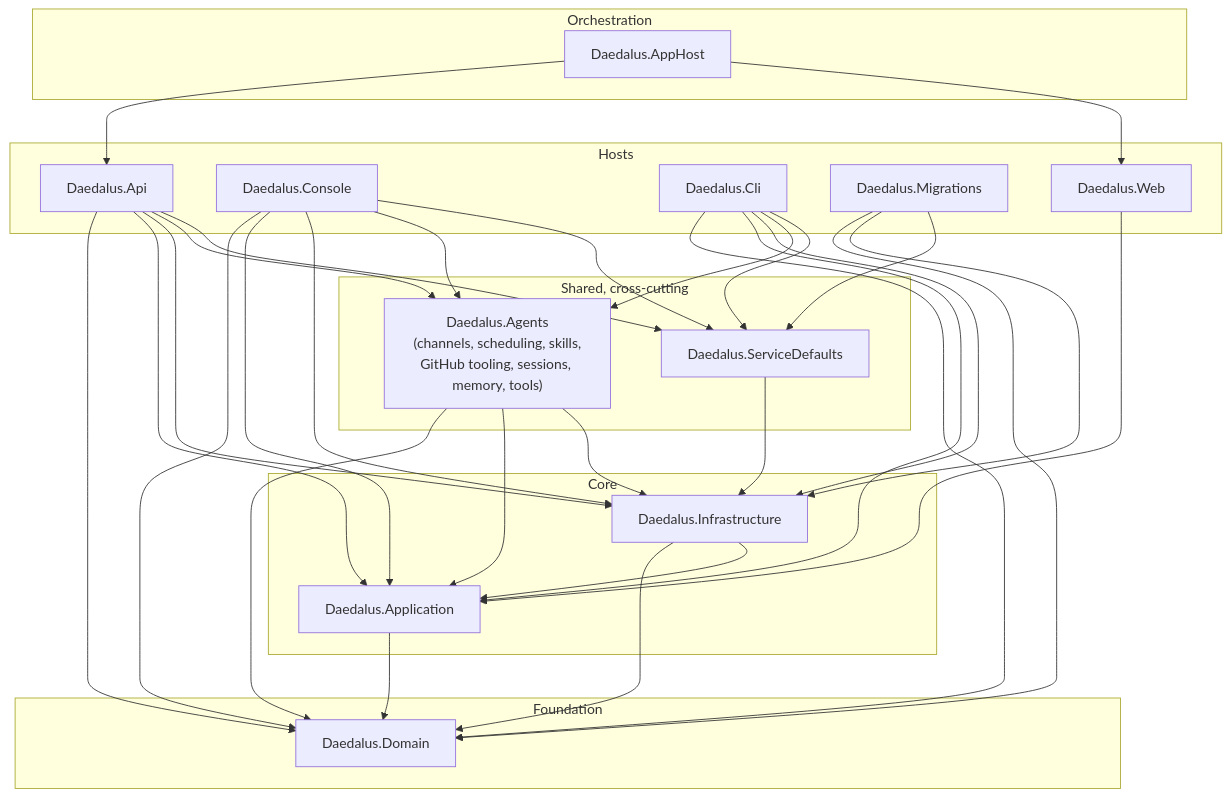
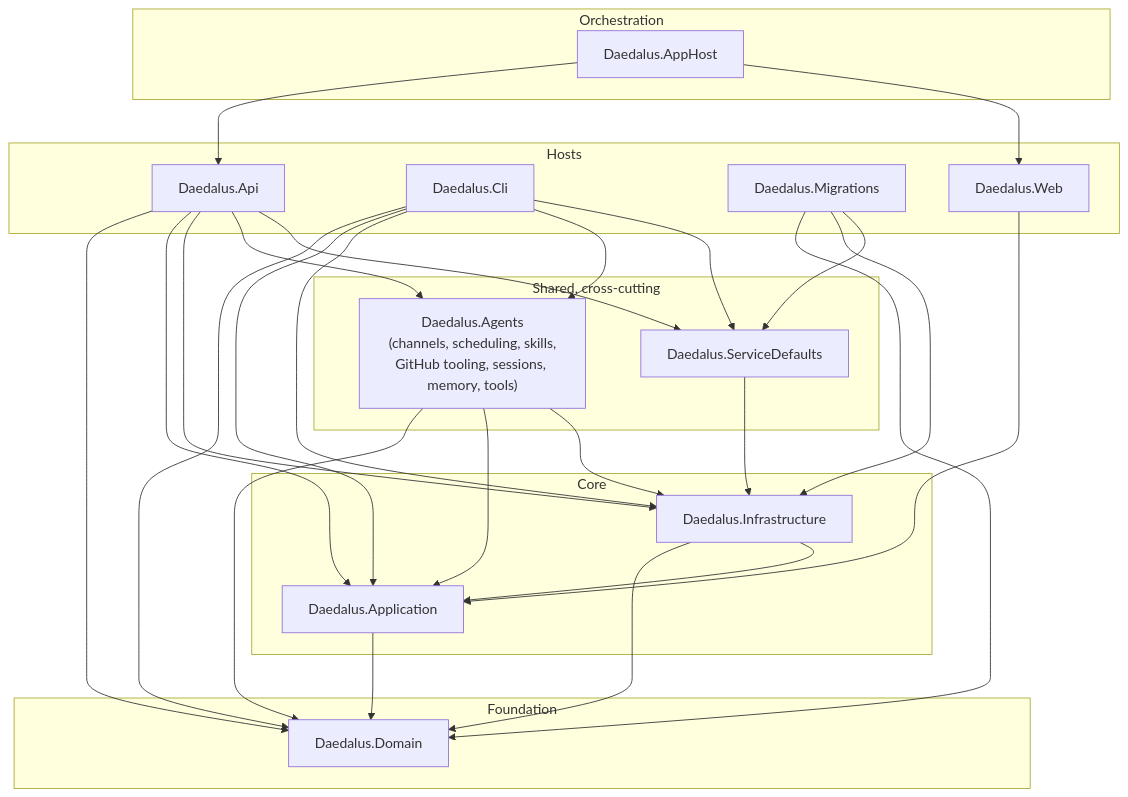
The second of 23 diagrams in docs/architecture-diagrams.md (MarcelRoozekrans/Daedalus.NET), drawn with Mermaid before and after one commit. The commit also changed other lines of this file and 8 other files, not shown here.

````diff
--- a/docs/architecture-diagrams.md
+++ b/docs/architecture-diagrams.md
@@ -93,63 +94,56 @@
 ```mermaid
 graph TB
     subgraph "Foundation"
         Domain["Daedalus.Domain"]
     end
 
     subgraph "Core"
         Application["Daedalus.Application"]
         Infrastructure["Daedalus.Infrastructure"]
     end
 
     subgraph "Shared, cross-cutting"
         Agents["Daedalus.Agents<br/>(channels, scheduling, skills,<br/>GitHub tooling, sessions, memory, tools)"]
         ServiceDefaults["Daedalus.ServiceDefaults"]
     end
 
     subgraph "Hosts"
         Api["Daedalus.Api"]
-        Console["Daedalus.Console"]
         Cli["Daedalus.Cli"]
         Migrations["Daedalus.Migrations"]
         Web["Daedalus.Web"]
     end
 
     subgraph "Orchestration"
         AppHost["Daedalus.AppHost"]
     end
 
     Application --> Domain
     Infrastructure --> Domain
     Infrastructure --> Application
     Agents --> Domain
     Agents --> Application
     Agents --> Infrastructure
     ServiceDefaults --> Infrastructure
 
     Api --> Domain
     Api --> Application
     Api --> Infrastructure
     Api --> Agents
     Api --> ServiceDefaults
 
-    Console --> Domain
-    Console --> Application
-    Console --> Infrastructure
-    Console --> Agents
-    Console --> ServiceDefaults
-
     Cli --> Domain
     Cli --> Application
     Cli --> Infrastructure
     Cli --> Agents
     Cli --> ServiceDefaults
 
     Migrations --> Domain
     Migrations --> Infrastructure
     Migrations --> ServiceDefaults
 
     Web --> Application
 
     AppHost --> Api
     AppHost --> Web
 ```
````
